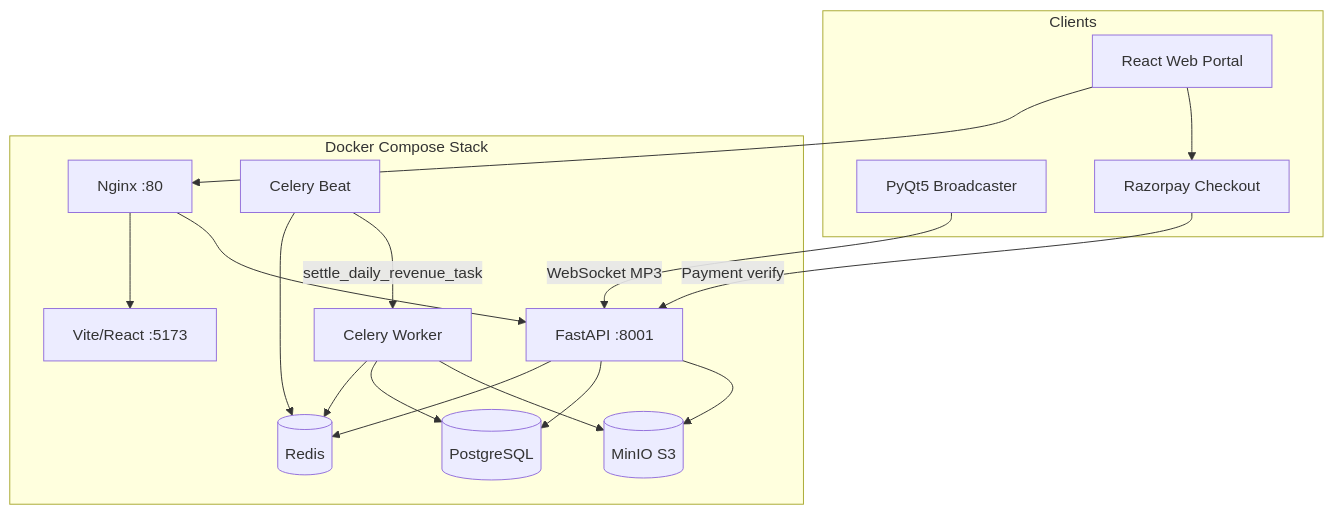
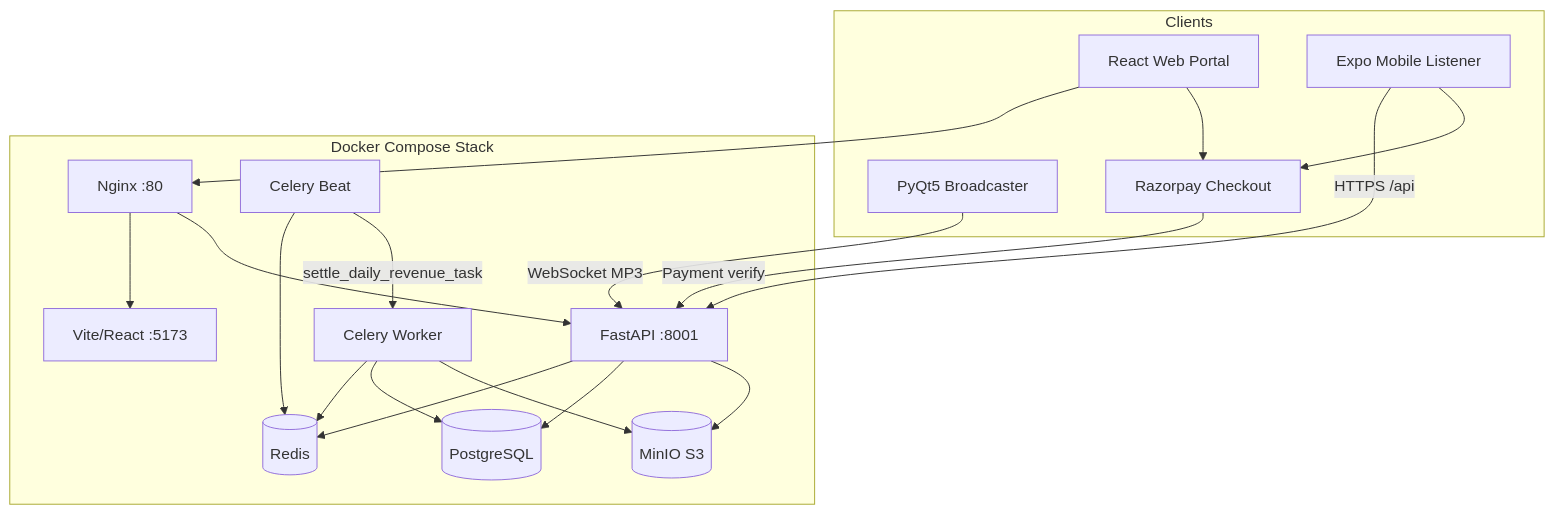
Before and after one commit to charlsonpeter/verisonic: the diagram in README.md, drawn with Mermaid. The commit also changed other lines of this file and 54 other files, not shown here.

````diff
--- a/README.md
+++ b/README.md
@@ -64,34 +64,37 @@
 ```mermaid
 graph TD
     subgraph Clients
         Browser[React Web Portal]
+        Mobile[Expo Mobile Listener]
         Broadcaster[PyQt5 Broadcaster]
         Razorpay[Razorpay Checkout]
     end
 
     subgraph Docker Compose Stack
         Nginx[Nginx :80]
         Frontend[Vite/React :5173]
         Backend[FastAPI :8001]
         Worker[Celery Worker]
         Beat[Celery Beat]
         Redis[(Redis)]
         Postgres[(PostgreSQL)]
         MinIO[(MinIO S3)]
     end
 
     Browser --> Nginx
+    Mobile -->|HTTPS /api| Backend
     Broadcaster -->|WebSocket MP3| Backend
     Browser --> Razorpay
+    Mobile --> Razorpay
     Razorpay -->|Payment verify| Backend
     Nginx --> Frontend
     Nginx --> Backend
     Backend --> Redis
     Backend --> Postgres
     Backend --> MinIO
     Worker --> Redis
     Worker --> Postgres
     Worker --> MinIO
     Beat --> Redis
     Beat -->|settle_daily_revenue_task| Worker
 ```
````
